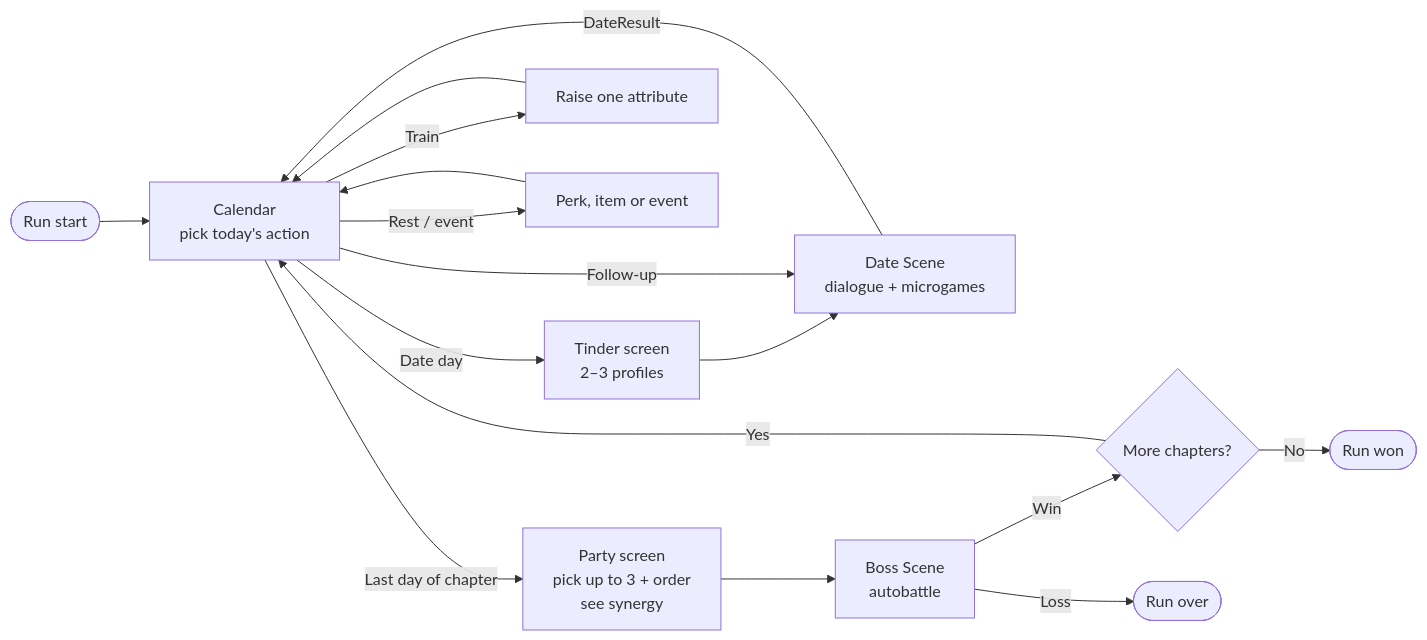
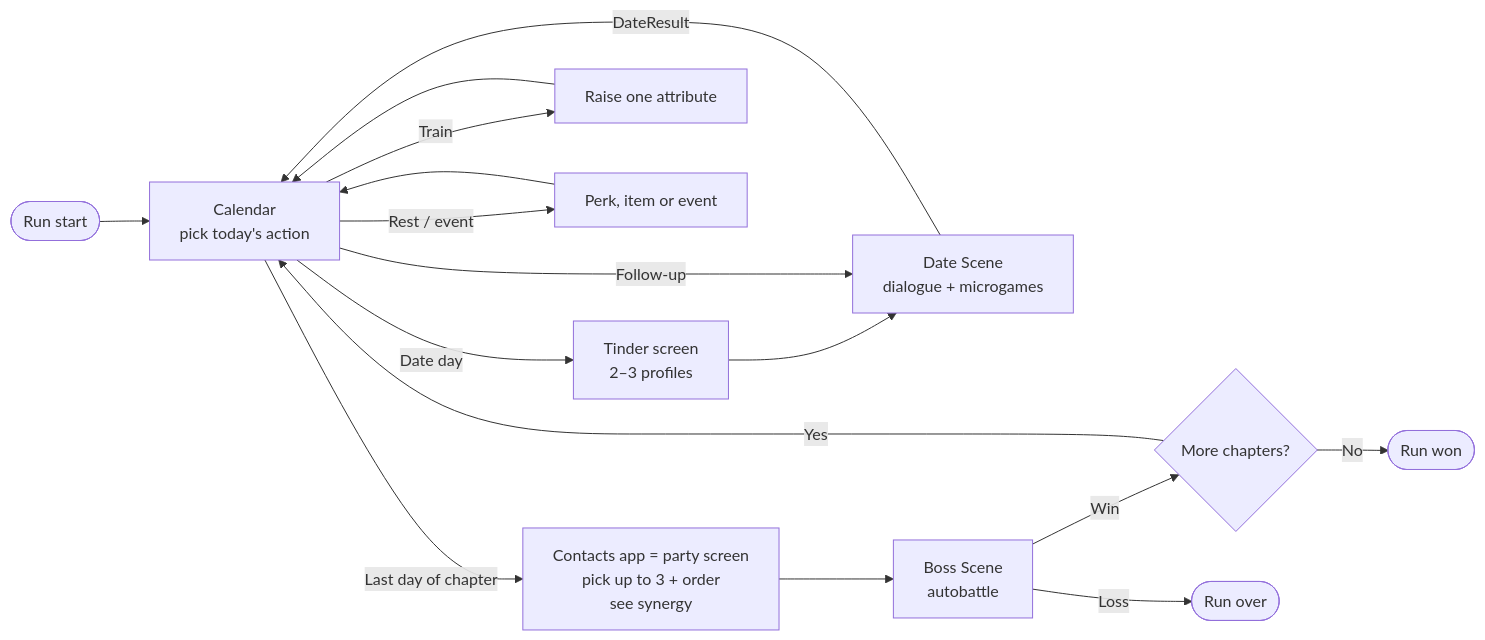
One commit to ffrank89/speed.dating changed the diagram in docs/design/core-loop.md. Above: the diagram before and after it, drawn with Mermaid. The commit also changed other lines of this file and 28 other files, not shown here.

First line of the commit message:
Your party is your phone's Contacts

````diff
--- a/docs/design/core-loop.md
+++ b/docs/design/core-loop.md
@@ -17,18 +17,18 @@
 ```mermaid
 flowchart LR
     Start([Run start]) --> Cal
     Cal[Calendar<br/>pick today's action] -->|Date day| Tinder[Tinder screen<br/>2–3 profiles]
     Tinder --> Date[Date Scene<br/>dialogue + microgames]
     Cal -->|Follow-up| Date
     Cal -->|Train| Train[Raise one attribute]
     Cal -->|Rest / event| Event[Perk, item or event]
     Date -->|DateResult| Cal
     Train --> Cal
     Event --> Cal
-    Cal -->|Last day of chapter| Pick[Party screen<br/>pick up to 3 + order<br/>see synergy]
+    Cal -->|Last day of chapter| Pick[Contacts app = party screen<br/>pick up to 3 + order<br/>see synergy]
     Pick --> Boss[Boss Scene<br/>autobattle]
     Boss -->|Win| Next{More chapters?}
     Next -->|Yes| Cal
     Next -->|No| Won([Run won])
     Boss -->|Loss| Lost([Run over])
 ```
````
